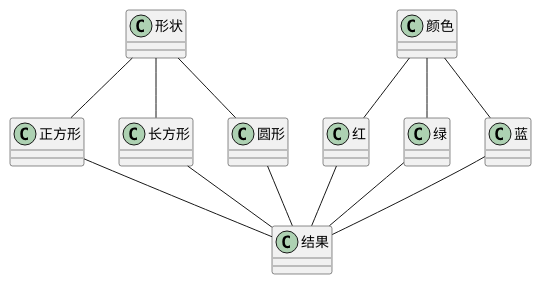
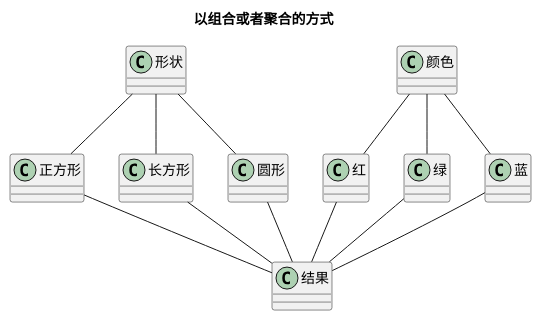
Before and after one commit to lepoch/lepoch.github.io: the fourth of 5 diagrams in source/_posts/模式-桥接模式.md, drawn with PlantUML. The commit also changed other lines of this file and 231 other files, not shown here.

````diff
--- a/source/_posts/模式-桥接模式.md
+++ b/source/_posts/模式-桥接模式.md
@@ -188,18 +303,20 @@
 ```plantuml
 @startuml
+Title "以组合或者聚合的方式"
+
 红 -up- 颜色
 绿 -up- 颜色
 蓝 -up- 颜色
 
 正方形 -up- 形状
 长方形 -up- 形状
 圆形 -up- 形状
 
 红 -down- 结果
 绿 -down- 结果
 蓝 -down- 结果
 正方形 -down- 结果
 长方形 -down- 结果
 圆形 -down- 结果
 @enduml
 ```
````
